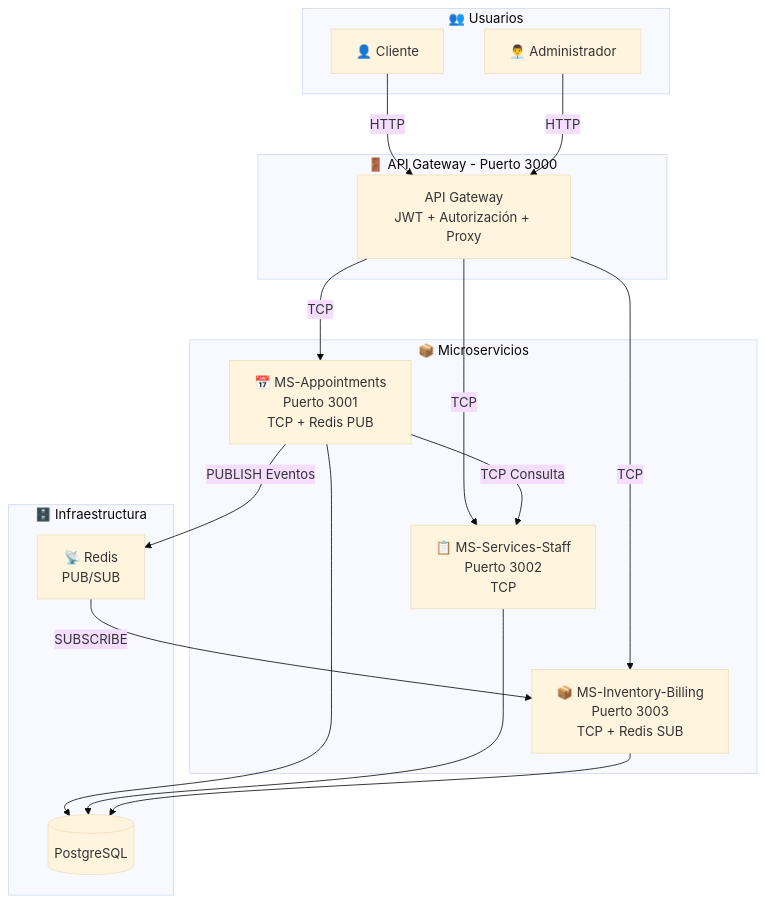
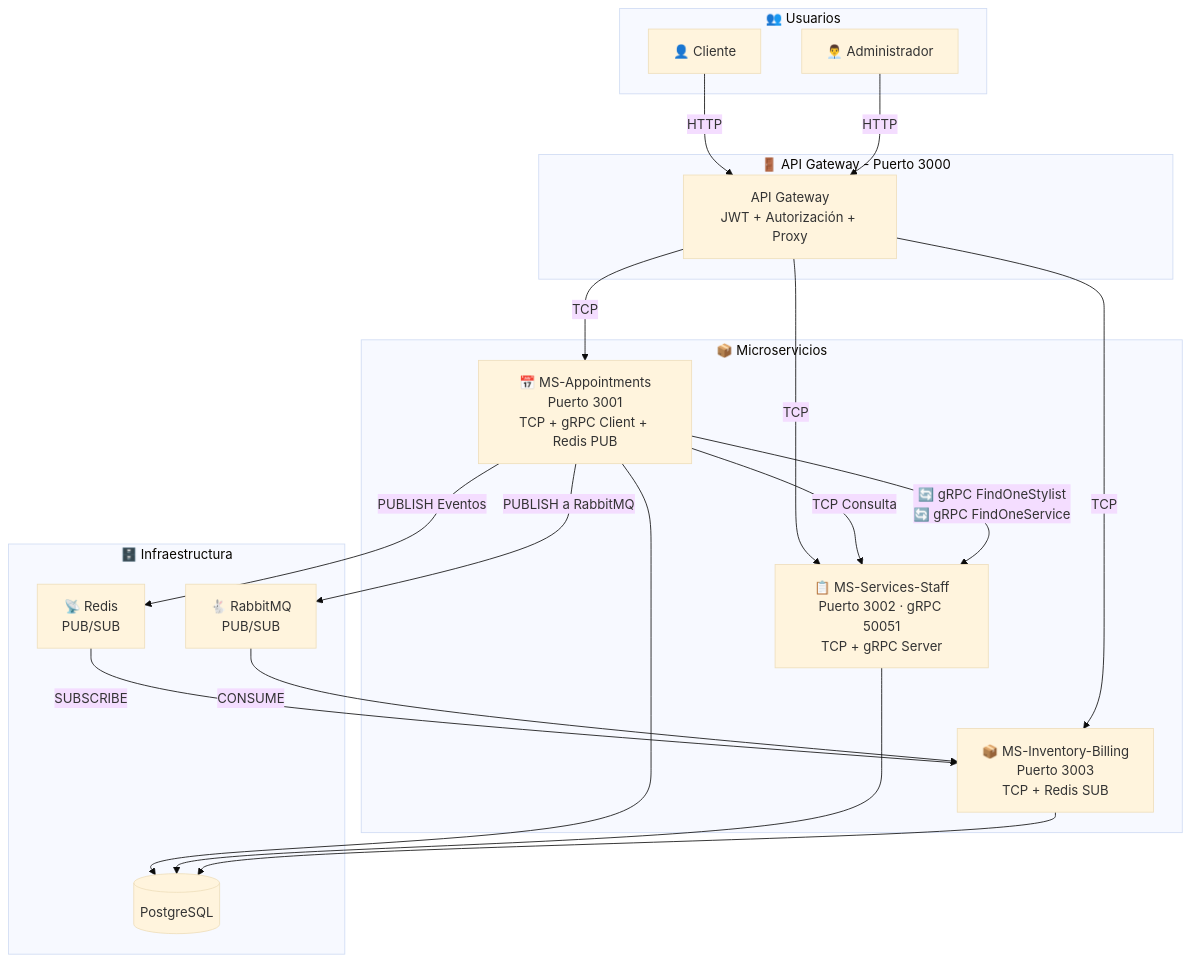
One commit to AlexDaniel593/barber-flow changed the first of 2 diagrams in README.md. Above: the diagram before and after it, drawn with Mermaid (base theme). The commit also changed other lines of this file, not shown here.

Commit message:
docs: update system architecture overview to include gRPC and RabbitMQ

````diff
--- a/README.md
+++ b/README.md
@@ -115,37 +115,42 @@
 ```mermaid
 graph TB
     subgraph "👥 Usuarios"
         C[👤 Cliente]
         A[👨‍💼 Administrador]
     end
 
     subgraph "🚪 API Gateway - Puerto 3000"
         G[API Gateway<br/>JWT + Autorización + Proxy]
     end
 
     subgraph "📦 Microservicios"
-        MS1[📅 MS-Appointments<br/>Puerto 3001<br/>TCP + Redis PUB]
-        MS2[📋 MS-Services-Staff<br/>Puerto 3002<br/>TCP]
+        MS1[📅 MS-Appointments<br/>Puerto 3001<br/>TCP + gRPC Client + Redis PUB]
+        MS2[📋 MS-Services-Staff<br/>Puerto 3002 · gRPC 50051<br/>TCP + gRPC Server]
         MS3[📦 MS-Inventory-Billing<br/>Puerto 3003<br/>TCP + Redis SUB]
     end
 
     subgraph "🗄️ Infraestructura"
         DB[(PostgreSQL)]
         R[📡 Redis<br/>PUB/SUB]
+        MQ[🐇 RabbitMQ<br/>PUB/SUB]
     end
 
     C -->|HTTP| G
     A -->|HTTP| G
     
     G -->|TCP| MS1
     G -->|TCP| MS2
     G -->|TCP| MS3
     
     MS1 -->|TCP Consulta| MS2
+    MS1 -->|🔄 gRPC FindOneStylist<br/>🔄 gRPC FindOneService| MS2
     MS1 -->|PUBLISH Eventos| R
     R -->|SUBSCRIBE| MS3
+    
+    MS1 -->|PUBLISH a RabbitMQ| MQ
+    MQ -->|CONSUME| MS3
     
     MS1 --> DB
     MS2 --> DB
     MS3 --> DB
 ```
````
